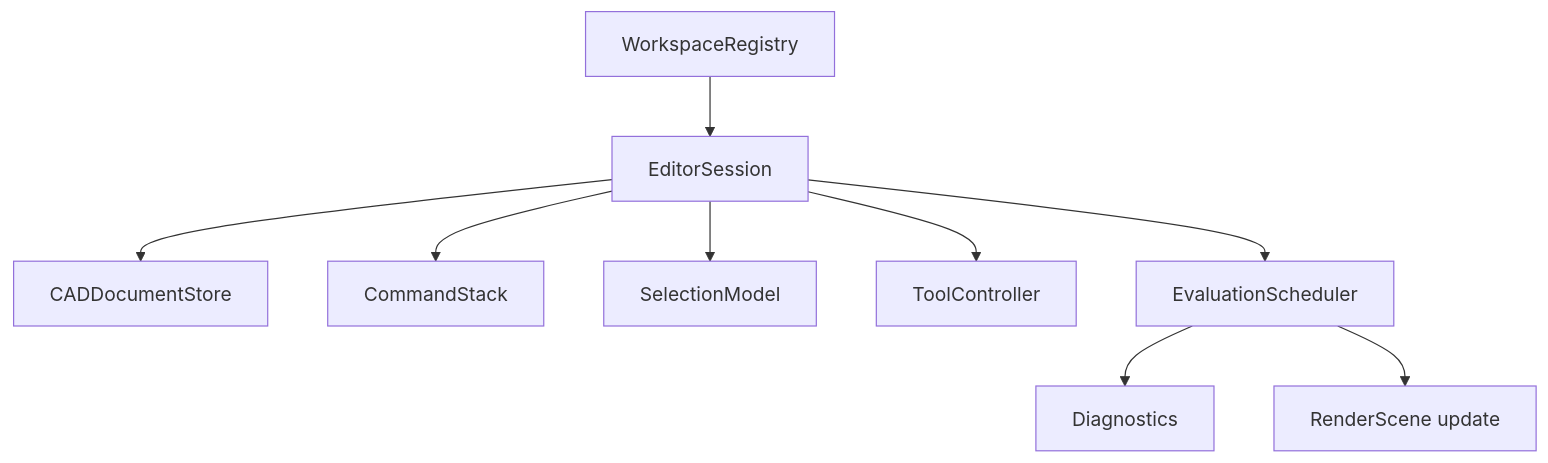
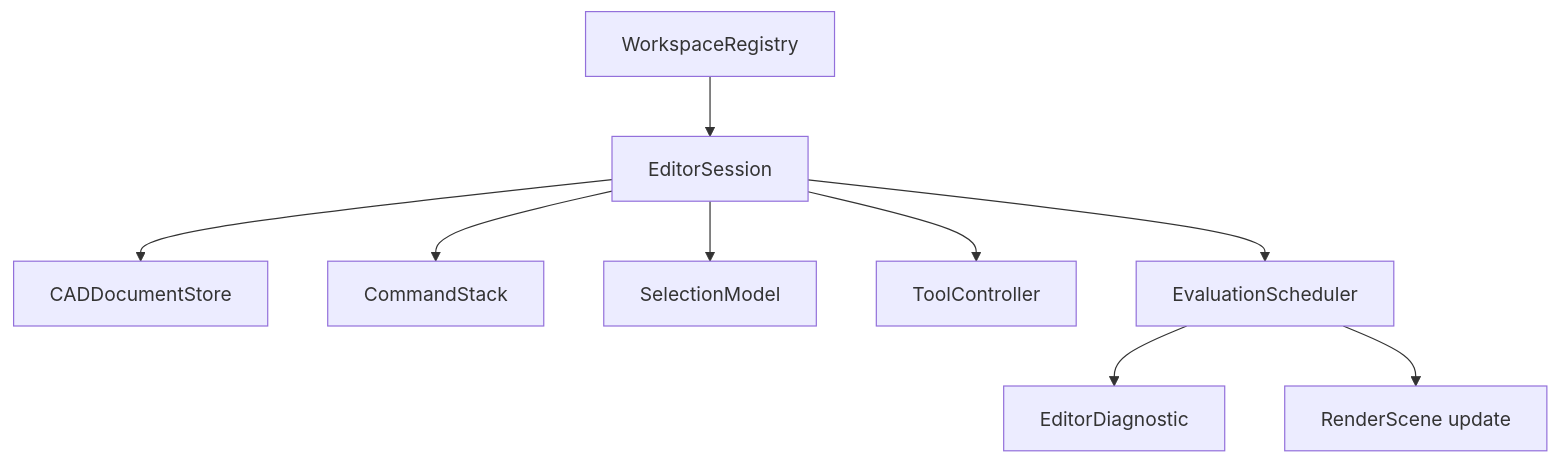
Before and after one commit to 1amageek/Rupa: diagram 21 of 26 in Rupa/SPEC.md, drawn with Mermaid. The commit also changed other lines of this file, not shown here.

First line of the commit message:
Sync SPEC package graph with implementation

````diff
--- a/Rupa/SPEC.md
+++ b/Rupa/SPEC.md
@@ -968,11 +1083,11 @@
 ```mermaid
 flowchart TD
     Workspace["WorkspaceRegistry"] --> Session["EditorSession"]
     Session --> Store["CADDocumentStore"]
     Session --> Stack["CommandStack"]
     Session --> Selection["SelectionModel"]
     Session --> Tools["ToolController"]
     Session --> Eval["EvaluationScheduler"]
-    Eval --> Diagnostics["Diagnostics"]
+    Eval --> Diagnostics["EditorDiagnostic"]
     Eval --> Render["RenderScene update"]
 ```
````
